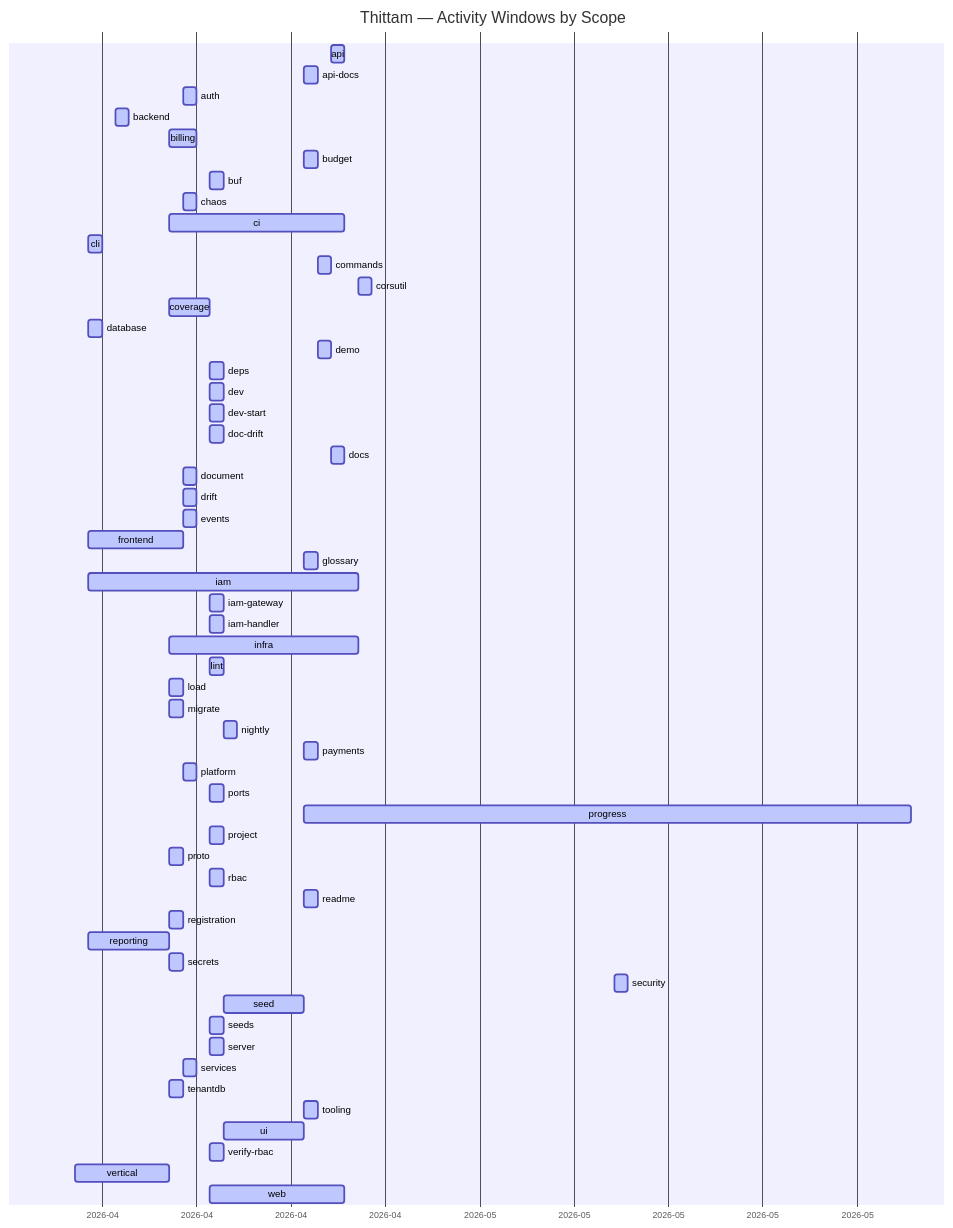
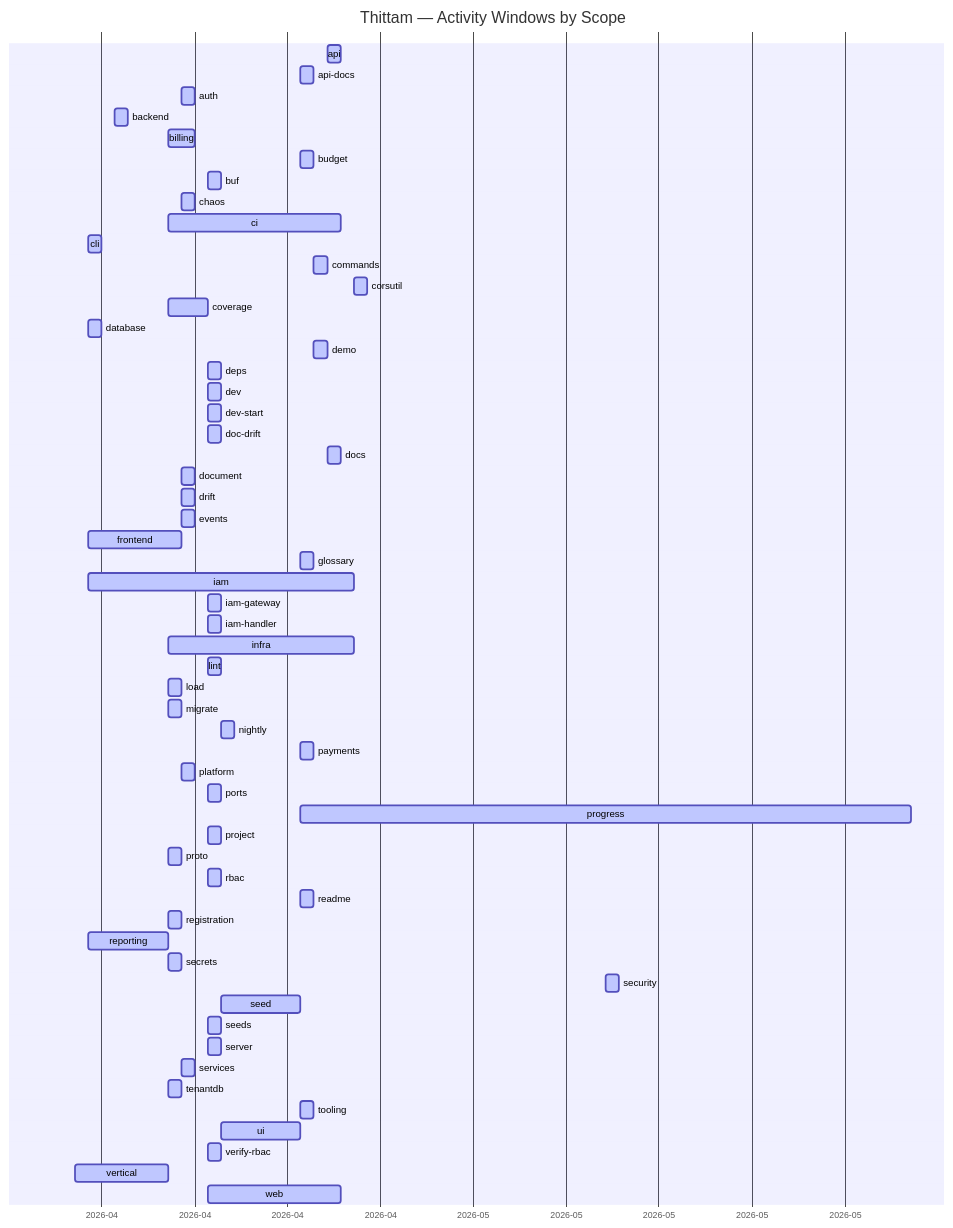
Before and after one commit to wegofwd2020-hub/thittam: the diagram in docs/PROGRESS.md, drawn with Mermaid. The commit also changed other lines of this file and 1 other file, not shown here.

Commit message:
chore(progress): nightly update of docs/PROGRESS.md + CSVs

````diff
--- a/docs/PROGRESS.md
+++ b/docs/PROGRESS.md
@@ -9,61 +9,61 @@
 ```mermaid
 gantt
     title Thittam — Activity Windows by Scope
     dateFormat YYYY-MM-DD
     axisFormat %Y-%m
     api                :active, s_api, 2026-04-22, 2026-04-23
     api-docs           :active, s_api_docs, 2026-04-20, 2026-04-21
     auth               :active, s_auth, 2026-04-11, 2026-04-12
     backend            :active, s_backend, 2026-04-06, 2026-04-07
     billing            :active, s_billing, 2026-04-10, 2026-04-12
     budget             :active, s_budget, 2026-04-20, 2026-04-21
     buf                :active, s_buf, 2026-04-13, 2026-04-14
     chaos              :active, s_chaos, 2026-04-11, 2026-04-12
     ci                 :active, s_ci, 2026-04-10, 2026-04-23
     cli                :active, s_cli, 2026-04-04, 2026-04-05
     commands           :active, s_commands, 2026-04-21, 2026-04-22
     corsutil           :active, s_corsutil, 2026-04-24, 2026-04-25
     coverage           :active, s_coverage, 2026-04-10, 2026-04-13
     database           :active, s_database, 2026-04-04, 2026-04-05
     demo               :active, s_demo, 2026-04-21, 2026-04-22
     deps               :active, s_deps, 2026-04-13, 2026-04-14
     dev                :active, s_dev, 2026-04-13, 2026-04-14
     dev-start          :active, s_dev_start, 2026-04-13, 2026-04-14
     doc-drift          :active, s_doc_drift, 2026-04-13, 2026-04-14
     docs               :active, s_docs, 2026-04-22, 2026-04-23
     document           :active, s_document, 2026-04-11, 2026-04-12
     drift              :active, s_drift, 2026-04-11, 2026-04-12
     events             :active, s_events, 2026-04-11, 2026-04-12
     frontend           :active, s_frontend, 2026-04-04, 2026-04-11
     glossary           :active, s_glossary, 2026-04-20, 2026-04-21
     iam                :active, s_iam, 2026-04-04, 2026-04-24
     iam-gateway        :active, s_iam_gateway, 2026-04-13, 2026-04-14
     iam-handler        :active, s_iam_handler, 2026-04-13, 2026-04-14
     infra              :active, s_infra, 2026-04-10, 2026-04-24
     lint               :active, s_lint, 2026-04-13, 2026-04-14
     load               :active, s_load, 2026-04-10, 2026-04-11
     migrate            :active, s_migrate, 2026-04-10, 2026-04-11
     nightly            :active, s_nightly, 2026-04-14, 2026-04-15
     payments           :active, s_payments, 2026-04-20, 2026-04-21
     platform           :active, s_platform, 2026-04-11, 2026-04-12
     ports              :active, s_ports, 2026-04-13, 2026-04-14
-    progress           :active, s_progress, 2026-04-20, 2026-06-04
+    progress           :active, s_progress, 2026-04-20, 2026-06-05
     project            :active, s_project, 2026-04-13, 2026-04-14
     proto              :active, s_proto, 2026-04-10, 2026-04-11
     rbac               :active, s_rbac, 2026-04-13, 2026-04-14
     readme             :active, s_readme, 2026-04-20, 2026-04-21
     registration       :active, s_registration, 2026-04-10, 2026-04-11
     reporting          :active, s_reporting, 2026-04-04, 2026-04-10
     secrets            :active, s_secrets, 2026-04-10, 2026-04-11
     security           :active, s_security, 2026-05-13, 2026-05-14
     seed               :active, s_seed, 2026-04-14, 2026-04-20
     seeds              :active, s_seeds, 2026-04-13, 2026-04-14
     server             :active, s_server, 2026-04-13, 2026-04-14
     services           :active, s_services, 2026-04-11, 2026-04-12
     tenantdb           :active, s_tenantdb, 2026-04-10, 2026-04-11
     tooling            :active, s_tooling, 2026-04-20, 2026-04-21
     ui                 :active, s_ui, 2026-04-14, 2026-04-20
     verify-rbac        :active, s_verify_rbac, 2026-04-13, 2026-04-14
     vertical           :active, s_vertical, 2026-04-03, 2026-04-10
     web                :active, s_web, 2026-04-13, 2026-04-23
 ```
````
